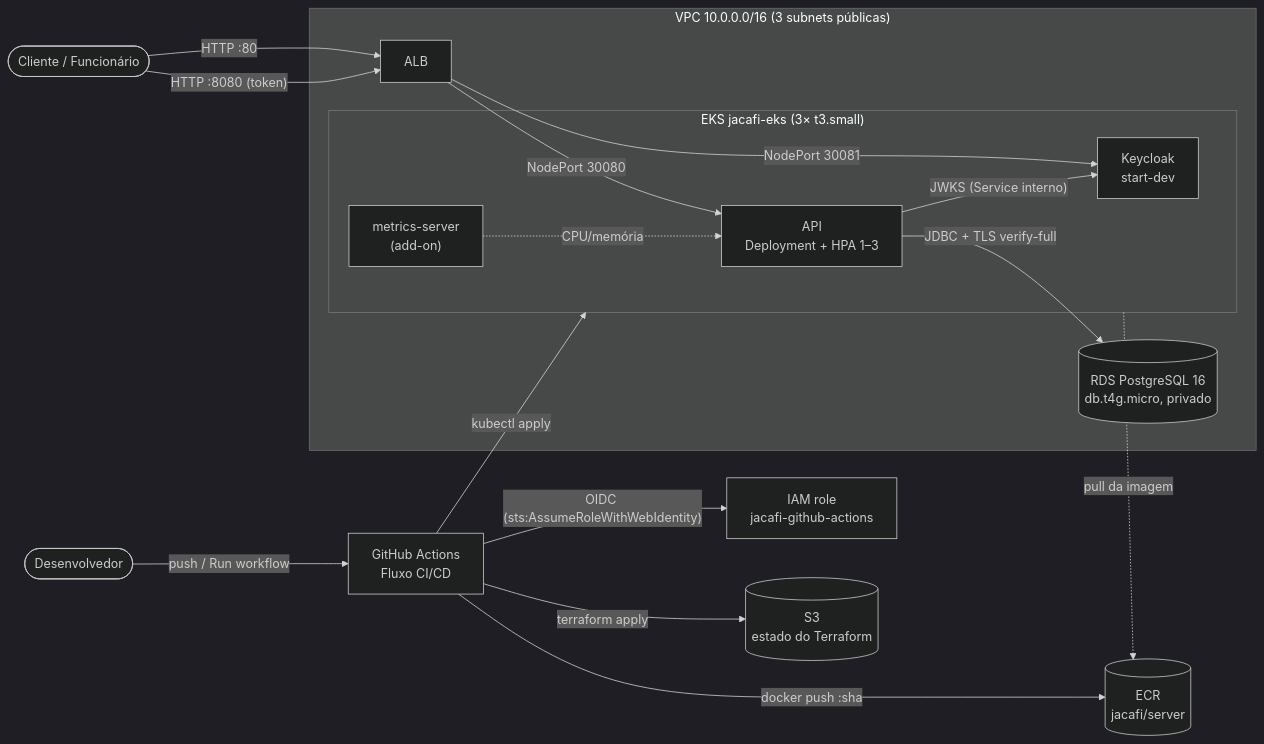
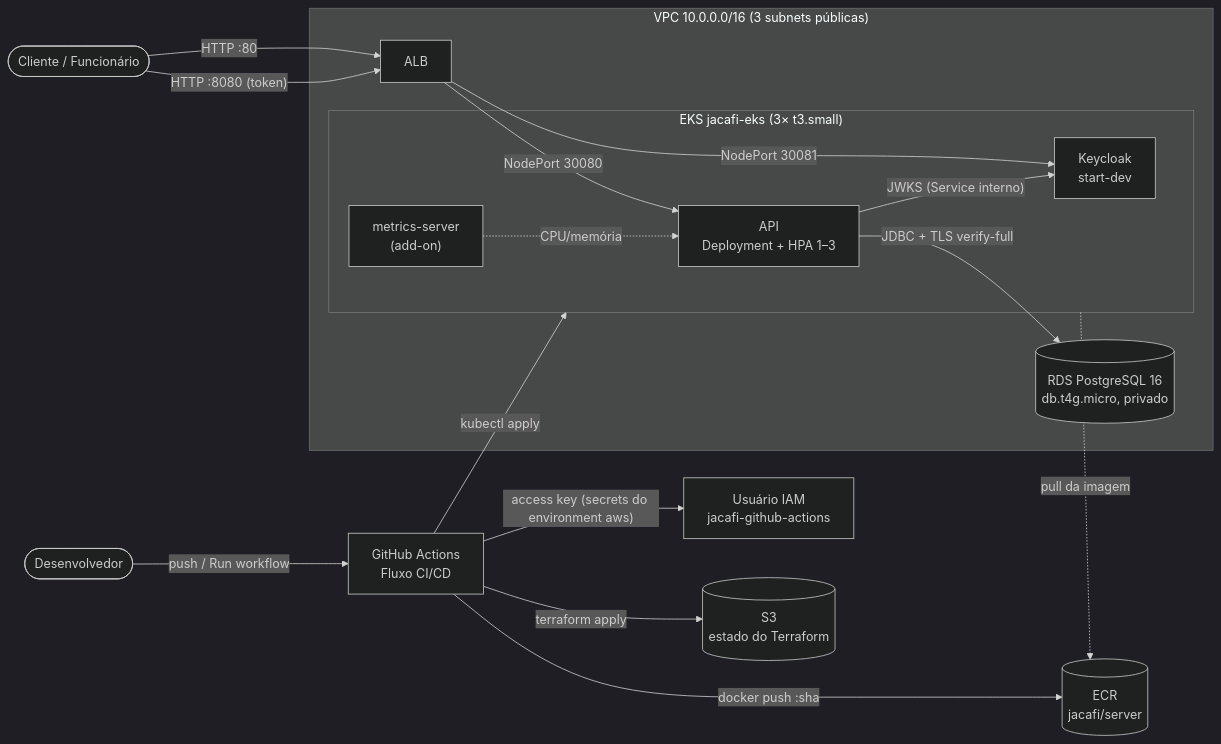
The first of 2 diagrams in infra/README.md (gabsevamac/JACAFI-FIAP_Tech-Challenge_01), drawn with Mermaid (dark theme) before and after one commit. The commit also changed other lines of this file and 9 other files, not shown here.

First line of the commit message:
feat(cd): authenticate the pipeline with a least-privilege IAM user

````diff
--- a/infra/README.md
+++ b/infra/README.md
@@ -14,26 +14,26 @@
 ```mermaid
 flowchart LR
     dev(["Desenvolvedor"]) -->|"push / Run workflow"| gha["GitHub Actions<br/>Fluxo CI/CD"]
-    gha -->|"OIDC (sts:AssumeRoleWithWebIdentity)"| role["IAM role<br/>jacafi-github-actions"]
+    gha -->|"access key (secrets do environment aws)"| pipeline_user["Usuário IAM<br/>jacafi-github-actions"]
     gha -->|"docker push :sha"| ecr[("ECR<br/>jacafi/server")]
     gha -->|"terraform apply"| state[("S3<br/>estado do Terraform")]
     gha -->|"kubectl apply"| eks
 
     user(["Cliente / Funcionário"]) -->|"HTTP :80"| alb["ALB"]
     user -->|"HTTP :8080 (token)"| alb
 
     subgraph vpc["VPC 10.0.0.0/16 (3 subnets públicas)"]
         alb -->|"NodePort 30080"| api
         alb -->|"NodePort 30081"| kc
         subgraph eks["EKS jacafi-eks (3× t3.small)"]
             api["API<br/>Deployment + HPA 1–3"]
             kc["Keycloak<br/>start-dev"]
             ms["metrics-server<br/>(add-on)"]
         end
         api -->|"JWKS (Service interno)"| kc
         api -->|"JDBC + TLS verify-full"| rds[("RDS PostgreSQL 16<br/>db.t4g.micro, privado")]
         ms -.->|"CPU/memória"| api
     end
 
     eks -.->|"pull da imagem"| ecr
 ```
````
